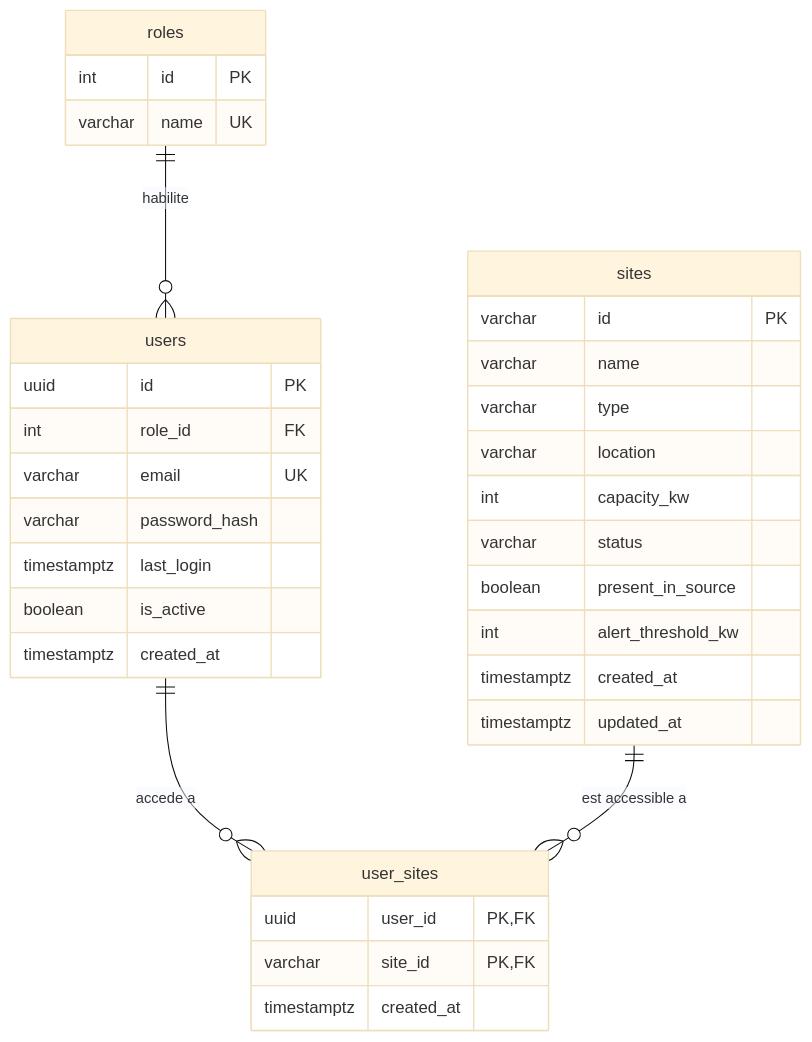
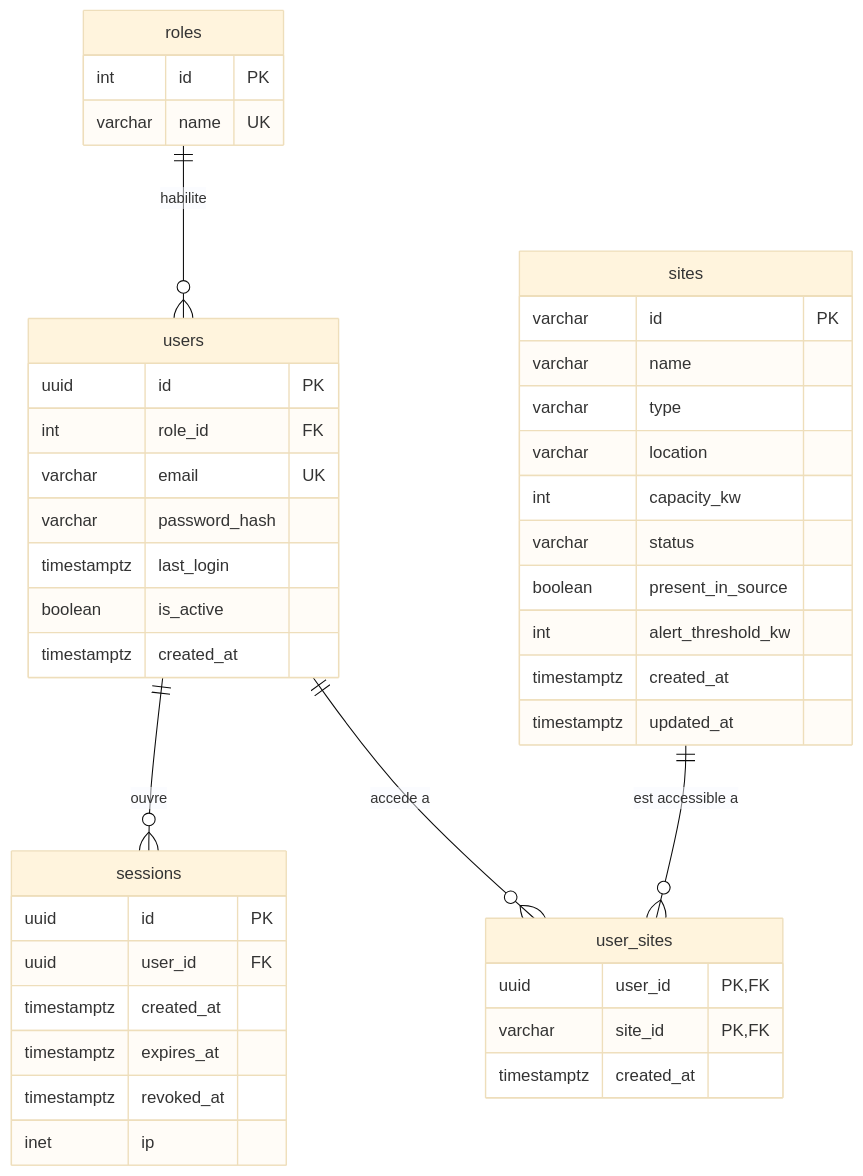
The diagram in docs/data.md (AlexRovere/smart-energy-optimizer), drawn with Mermaid (base theme) before and after one commit. The commit also changed other lines of this file and 1 other file, not shown here.

First line of the commit message:
docs(data): schéma relationnel figé, sessions révocables et Drizzle tranché

````diff
--- a/docs/data.md
+++ b/docs/data.md
@@ -189,37 +268,46 @@
 ```mermaid
 erDiagram
     roles ||--o{ users : "habilite"
+    users ||--o{ sessions : "ouvre"
     users ||--o{ user_sites : "accede a"
     sites ||--o{ user_sites : "est accessible a"
 
     roles {
         int id PK
         varchar name UK
     }
     users {
         uuid id PK
         int role_id FK
         varchar email UK
         varchar password_hash
         timestamptz last_login
         boolean is_active
         timestamptz created_at
+    }
+    sessions {
+        uuid id PK
+        uuid user_id FK
+        timestamptz created_at
+        timestamptz expires_at
+        timestamptz revoked_at
+        inet ip
     }
     sites {
         varchar id PK
         varchar name
         varchar type
         varchar location
         int capacity_kw
         varchar status
         boolean present_in_source
         int alert_threshold_kw
         timestamptz created_at
         timestamptz updated_at
     }
     user_sites {
         uuid user_id PK,FK
         varchar site_id PK,FK
         timestamptz created_at
     }
 ```
````
